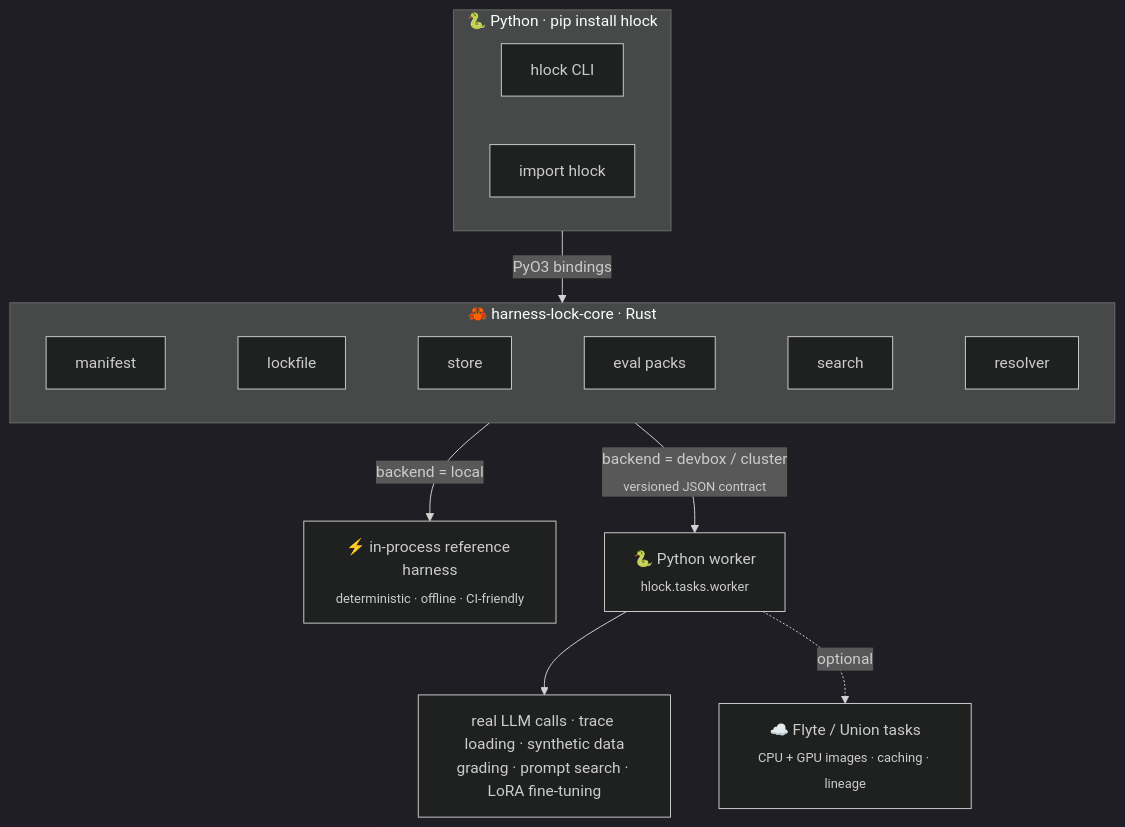
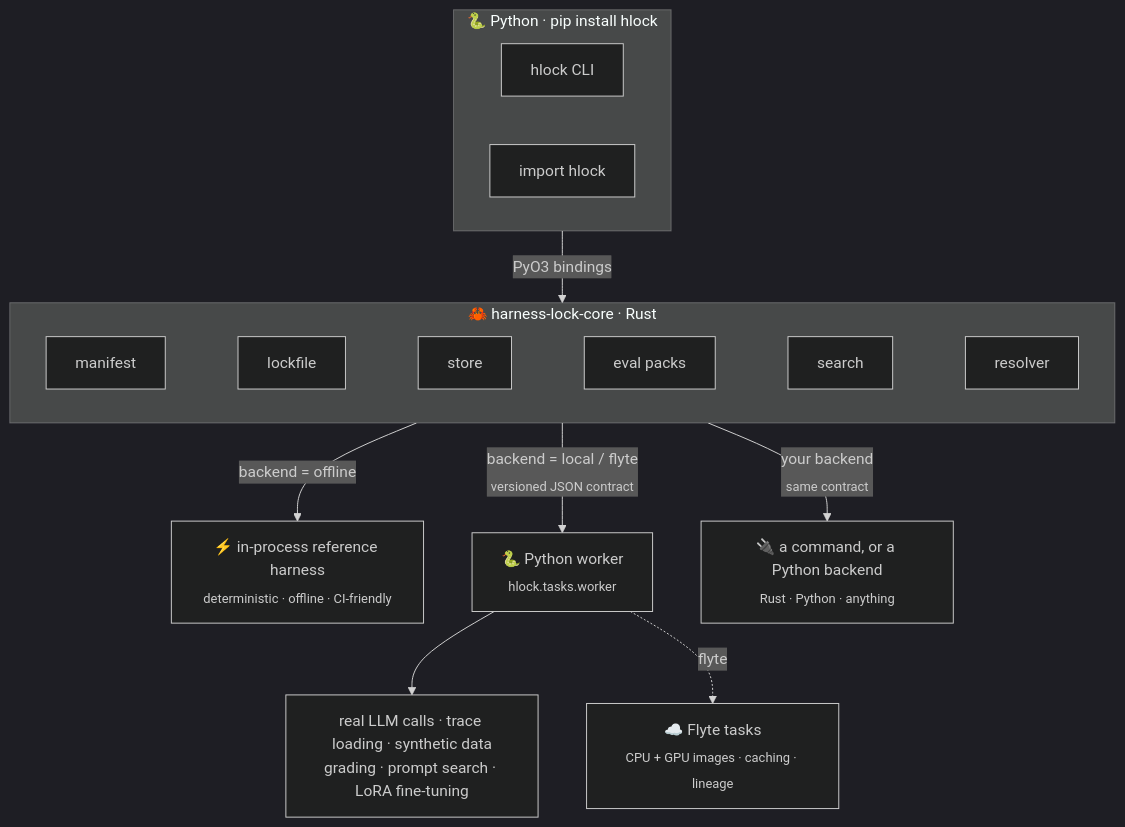
Before and after one commit to unionai-oss/hlock: the diagram in docs/concepts/architecture.md, drawn with Mermaid (dark theme). The commit also changed other lines of this file and 50 other files, not shown here.

````diff
--- a/docs/concepts/architecture.md
+++ b/docs/concepts/architecture.md
@@ -7,21 +7,22 @@
 ```mermaid
 flowchart TB
     subgraph py["🐍 Python  ·  pip install hlock"]
         direction LR
         CLI["hlock CLI"]
         API["import hlock"]
     end
 
     subgraph core["🦀 harness-lock-core  ·  Rust"]
         direction LR
         MF["manifest"] ~~~ LK["lockfile"] ~~~ ST["store"] ~~~ TP["eval packs"] ~~~ SR["search"] ~~~ TU["resolver"]
     end
 
     py -- "PyO3 bindings" --> core
 
-    core -- "backend = local" --> LOCAL["⚡ in-process reference harness<br/><sub>deterministic · offline · CI-friendly</sub>"]
-    core -- "backend = devbox / cluster<br/><sub>versioned JSON contract</sub>" --> W["🐍 Python worker<br/><sub>hlock.tasks.worker</sub>"]
+    core -- "backend = offline" --> LOCAL["⚡ in-process reference harness<br/><sub>deterministic · offline · CI-friendly</sub>"]
+    core -- "backend = local / flyte<br/><sub>versioned JSON contract</sub>" --> W["🐍 Python worker<br/><sub>hlock.tasks.worker</sub>"]
+    core -- "your backend<br/><sub>same contract</sub>" --> X["🔌 a command, or a Python backend<br/><sub>Rust · Python · anything</sub>"]
 
     W --> HEAVY["real LLM calls · trace loading · synthetic data<br/>grading · prompt search · LoRA fine-tuning"]
-    W -. "optional" .-> FLYTE["☁️ Flyte / Union tasks<br/><sub>CPU + GPU images · caching · lineage</sub>"]
+    W -. "flyte" .-> FLYTE["☁️ Flyte tasks<br/><sub>CPU + GPU images · caching · lineage</sub>"]
 ```
````
